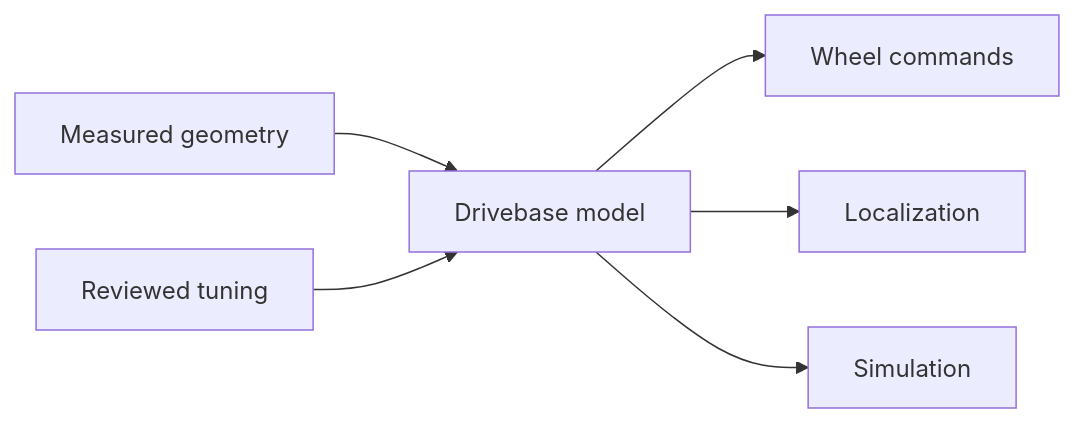
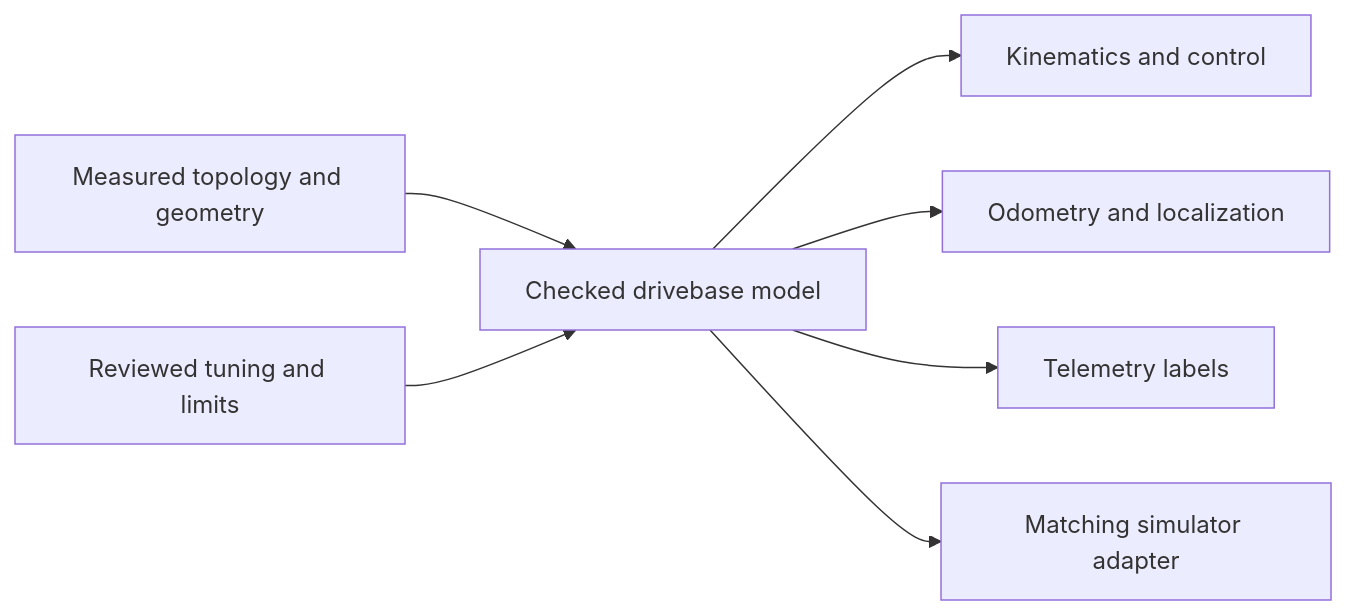
The diagram in content/learning/areslib-reference/swerve-and-kinematics.md (ARES-23247/ARESWEB), drawn with Mermaid before and after one commit. The commit also changed other lines of this file and 8 other files, not shown here.

````diff
--- a/content/learning/areslib-reference/swerve-and-kinematics.md
+++ b/content/learning/areslib-reference/swerve-and-kinematics.md
@@ -9,9 +47,10 @@
 ```mermaid
-%% aria: Measured robot geometry and device layout combine with reviewed tuning to create drive commands, localization, and a matching simulator model.
+%% aria: Measured topology and reviewed tuning enter one checked drivebase model that feeds control, localization, telemetry, and simulation adapters.
 flowchart LR
-  A["Measured geometry"] --> C["Drivebase model"]
-  B["Reviewed tuning"] --> C
-  C --> D["Wheel commands"]
-  C --> E["Localization"]
-  C --> F["Simulation"]
+  A["Measured topology and geometry"] --> C["Checked drivebase model"]
+  B["Reviewed tuning and limits"] --> C
+  C --> D["Kinematics and control"]
+  C --> E["Odometry and localization"]
+  C --> F["Telemetry labels"]
+  C --> G["Matching simulator adapter"]
 ```
````
